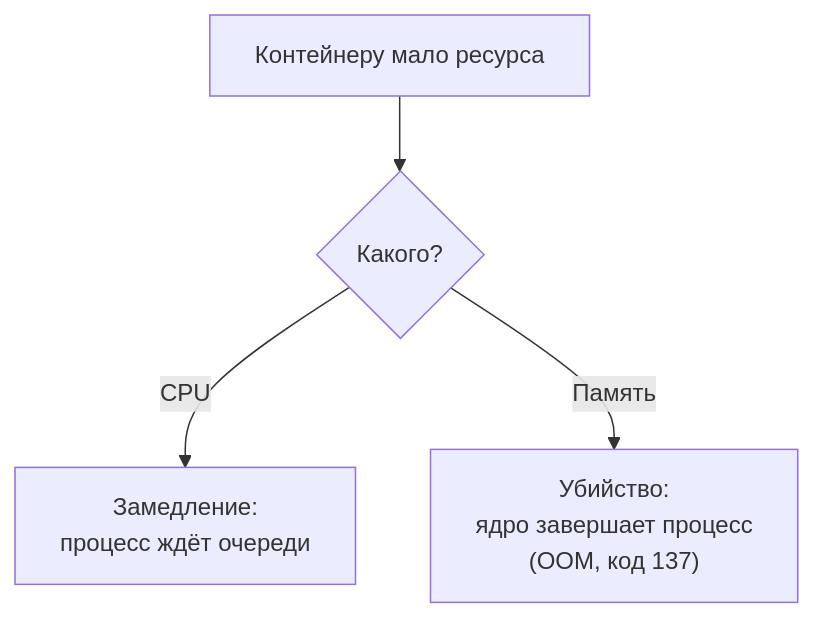
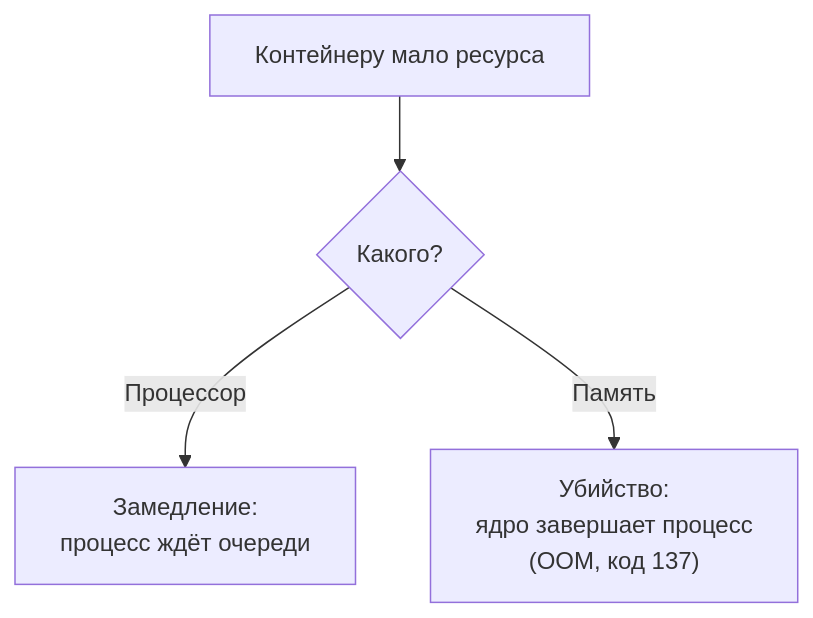
Before and after one commit to distinguished-sre/load-tester: the diagram in 05-docker/04-limits-stats.md, drawn with Mermaid. The commit also changed other lines of this file and 4 other files, not shown here.

````diff
--- a/05-docker/04-limits-stats.md
+++ b/05-docker/04-limits-stats.md
@@ -30,6 +32,6 @@
 ```mermaid
 flowchart TD
     A["Контейнеру мало ресурса"] --> B{"Какого?"}
-    B -->|"CPU"| C["Замедление:<br/>процесс ждёт очереди"]
+    B -->|"Процессор"| C["Замедление:<br/>процесс ждёт очереди"]
     B -->|"Память"| D["Убийство:<br/>ядро завершает процесс<br/>(OOM, код 137)"]
 ```
````
